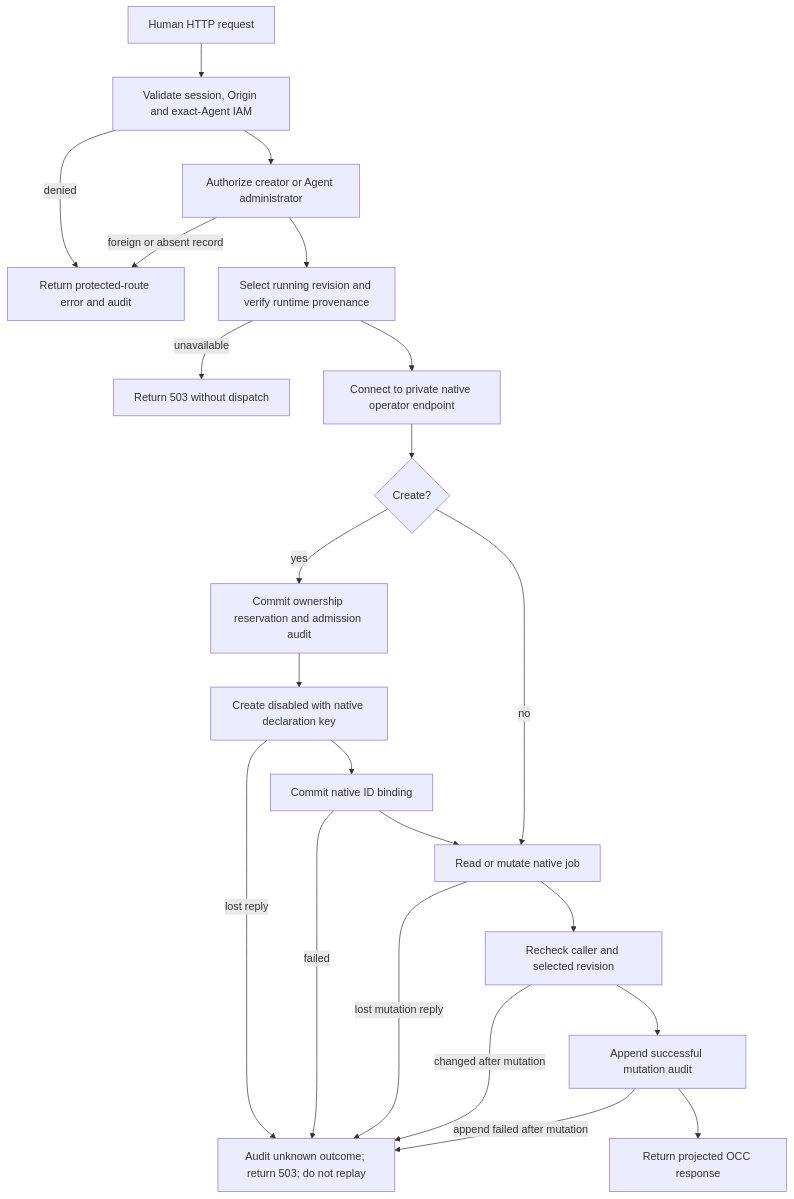
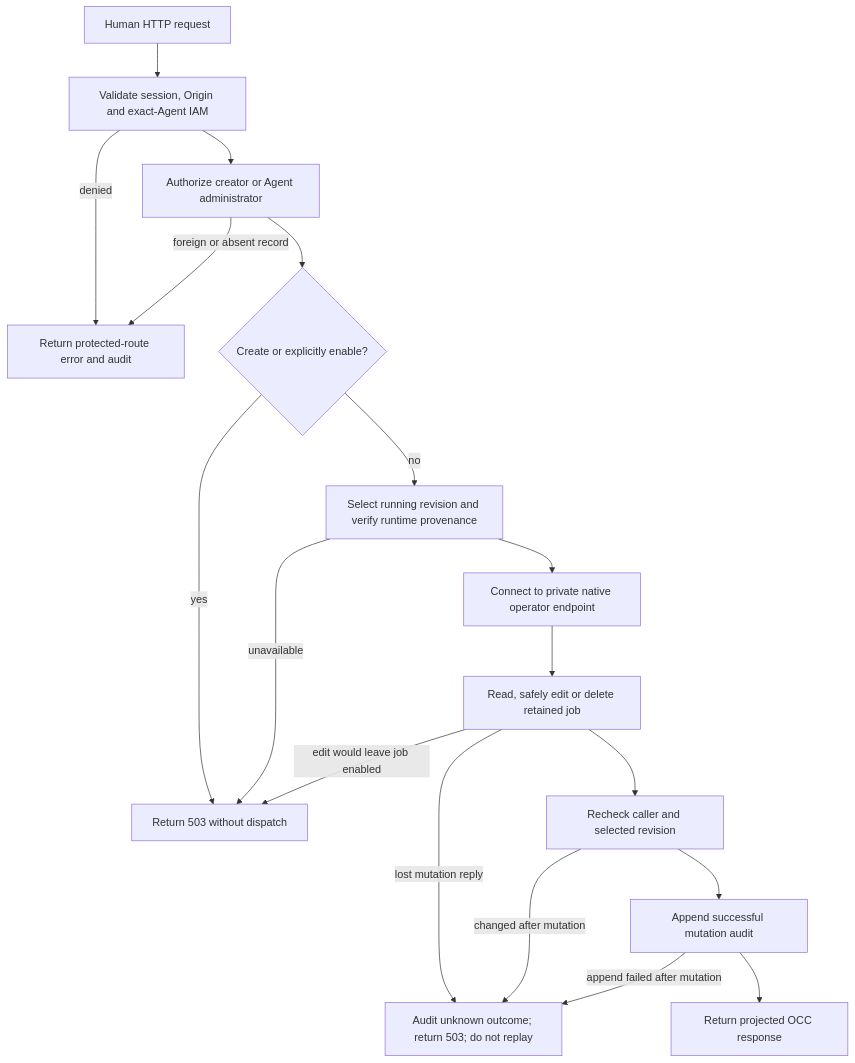
One commit to openclaw/openclaw-enterprise changed the diagram in docs/flows/agent-automations.md. Above: the diagram before and after it, drawn with Mermaid. The commit also changed other lines of this file and 11 other files, not shown here.

````diff
--- a/docs/flows/agent-automations.md
+++ b/docs/flows/agent-automations.md
@@ -26,24 +27,20 @@
 ```mermaid
 graph TD
   A["Human HTTP request"] --> B["Validate session, Origin and exact-Agent IAM"]
   B -->|"denied"| E["Return protected-route error and audit"]
   B --> C["Authorize creator or Agent administrator"]
   C -->|"foreign or absent record"| E
-  C --> D["Select running revision and verify runtime provenance"]
-  D -->|"unavailable"| U["Return 503 without dispatch"]
+  C --> Q{"Create or explicitly enable?"}
+  Q -->|"yes"| U["Return 503 without dispatch"]
+  Q -->|"no"| D["Select running revision and verify runtime provenance"]
+  D -->|"unavailable"| U
   D --> G["Connect to private native operator endpoint"]
-  G --> R{"Create?"}
-  R -->|"yes"| P["Commit ownership reservation and admission audit"]
-  R -->|"no"| N["Read or mutate native job"]
-  P --> C0["Create disabled with native declaration key"]
-  C0 -->|"lost reply"| X
-  C0 --> B0["Commit native ID binding"]
-  B0 -->|"failed"| X
-  B0 --> N
+  G --> N["Read, safely edit or delete retained job"]
+  N -->|"edit would leave job enabled"| U
   N -->|"lost mutation reply"| X["Audit unknown outcome; return 503; do not replay"]
   N --> V["Recheck caller and selected revision"]
   V -->|"changed after mutation"| X
   V --> S["Append successful mutation audit"]
   S -->|"append failed after mutation"| X
   S --> O["Return projected OCC response"]
 ```
````
